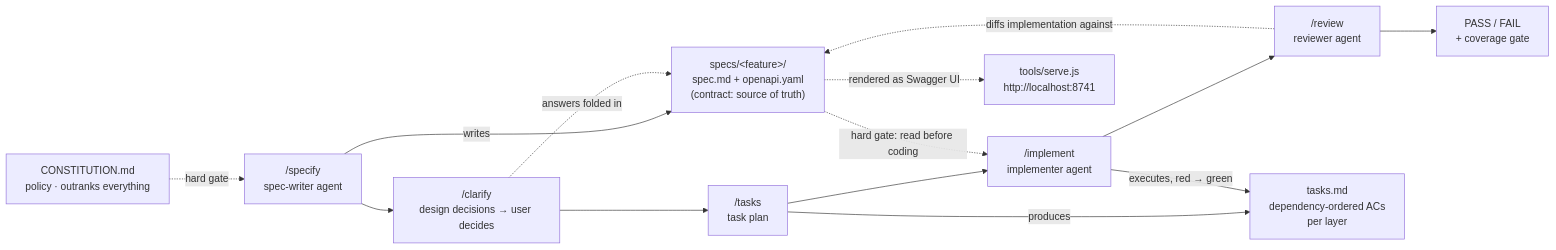
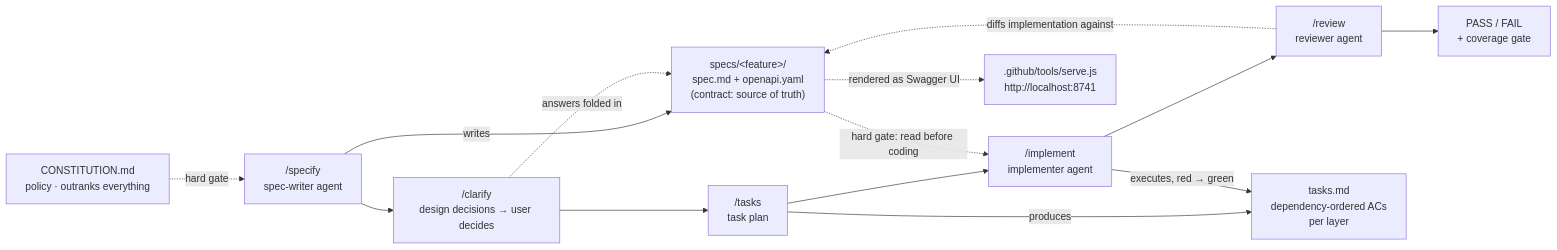
One commit to drriguz/star-framework changed the first of 2 diagrams in doc/framework-flow.md. Above: the diagram before and after it, drawn with Mermaid. The commit also changed 12 other files, not shown here.

````diff
--- a/doc/framework-flow.md
+++ b/doc/framework-flow.md
@@ -5,30 +5,30 @@
 ```mermaid
 flowchart LR
     CONST["CONSTITUTION.md<br/>policy · outranks everything"]
 
     SPECIFY["/specify<br/>spec-writer agent"]
     CLARIFY["/clarify<br/>design decisions → user decides"]
     TASKS["/tasks<br/>task plan"]
     IMPLEMENT["/implement<br/>implementer agent"]
     REVIEW["/review<br/>reviewer agent"]
 
     SPEC["specs/&lt;feature&gt;/<br/>spec.md + openapi.yaml<br/>(contract: source of truth)"]
     TASKSMD["tasks.md<br/>dependency-ordered ACs<br/>per layer"]
     VERDICT["PASS / FAIL<br/>+ coverage gate"]
 
     CONST -.->|hard gate| SPECIFY
 
     SPECIFY -->|writes| SPEC
     SPECIFY --> CLARIFY
     CLARIFY -.->|answers folded in| SPEC
     CLARIFY --> TASKS
     TASKS -->|produces| TASKSMD
     TASKS --> IMPLEMENT
     IMPLEMENT -->|executes, red → green| TASKSMD
     IMPLEMENT --> REVIEW
     REVIEW -.->|diffs implementation against| SPEC
     REVIEW --> VERDICT
 
     SPEC -.->|hard gate: read before coding| IMPLEMENT
-    SPEC -.->|rendered as Swagger UI| VIEWER["tools/serve.js<br/>http://localhost:8741"]
+    SPEC -.->|rendered as Swagger UI| VIEWER[".github/tools/serve.js<br/>http://localhost:8741"]
 ```
````
